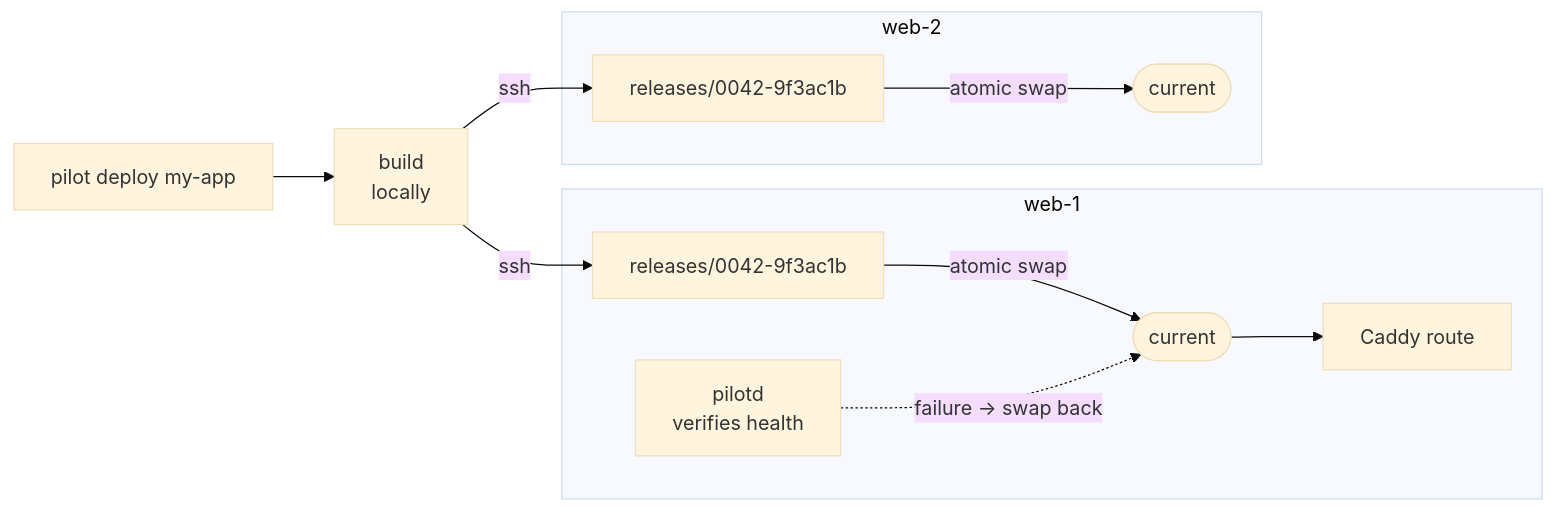
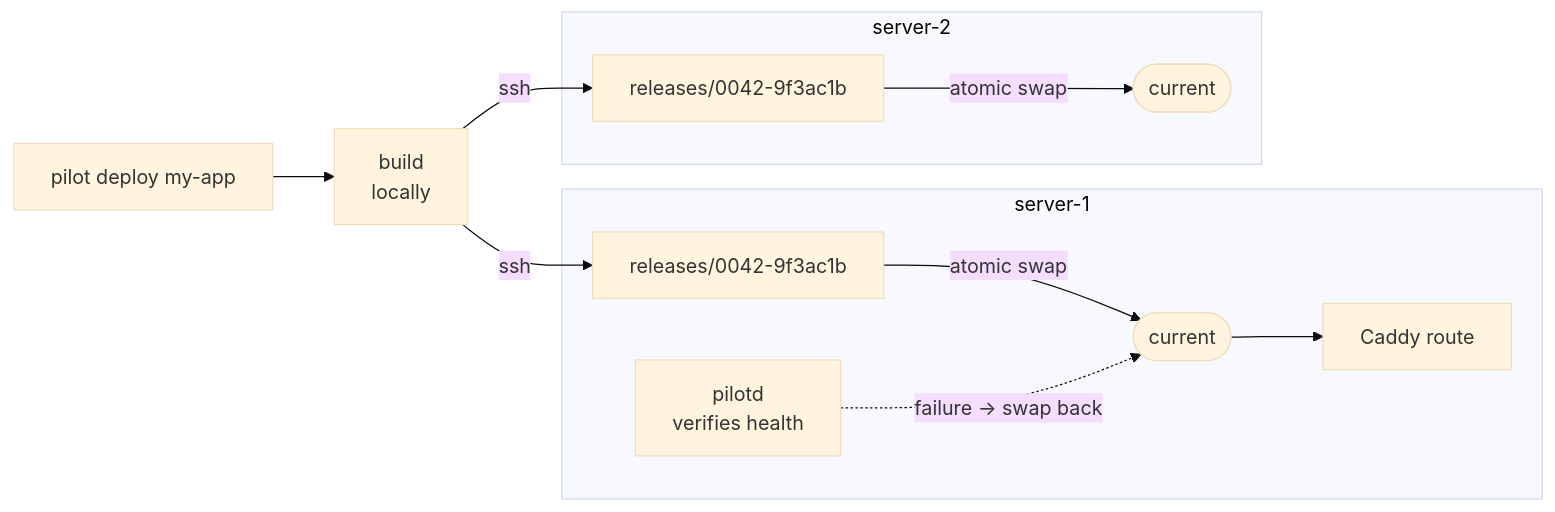
One commit to Gandalf-Le-Dev/pilot changed the diagram in README.md. Above: the diagram before and after it, drawn with Mermaid (base theme). The commit also changed other lines of this file and 4 other files, not shown here.

````diff
--- a/README.md
+++ b/README.md
@@ -46,14 +46,14 @@
 ```mermaid
 flowchart LR
     deploy["pilot deploy my-app"] --> build["build\nlocally"]
     build -- ssh --> rel1
     build -- ssh --> rel2
-    subgraph web1 ["web-1"]
+    subgraph s1 ["server-1"]
         rel1["releases/0042-9f3ac1b"] -- "atomic swap" --> cur1(["current"])
         cur1 --> caddy1["Caddy route"]
         agent1["pilotd\nverifies health"] -. "failure → swap back" .-> cur1
     end
-    subgraph web2 ["web-2"]
+    subgraph s2 ["server-2"]
         rel2["releases/0042-9f3ac1b"] -- "atomic swap" --> cur2(["current"])
     end
 ```
````
